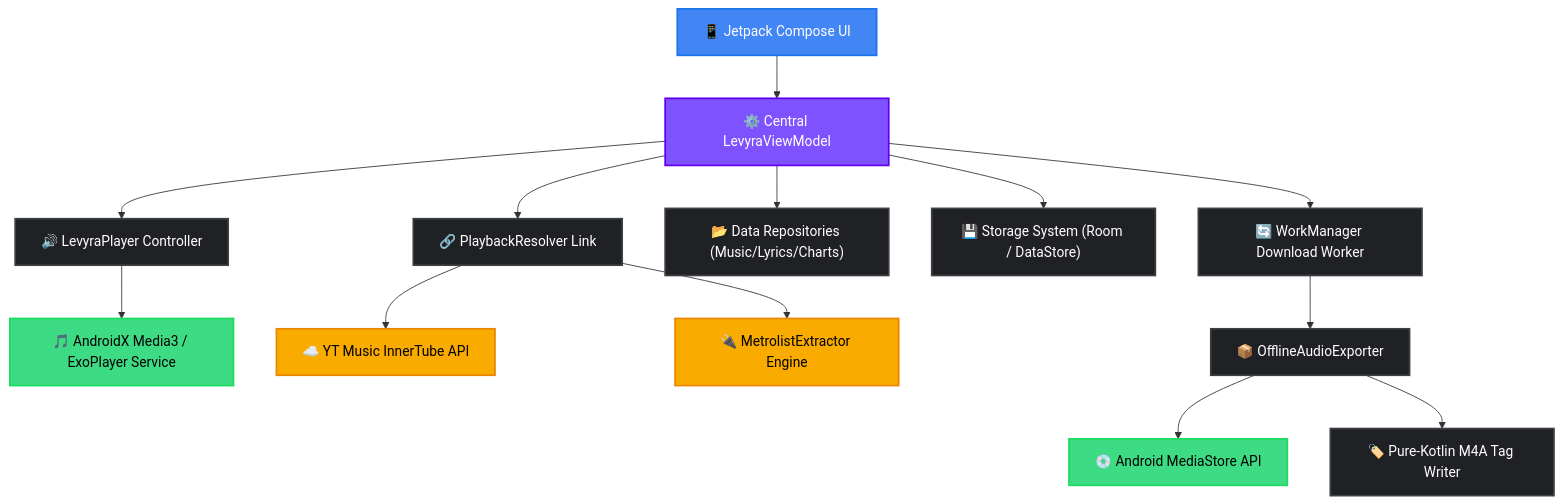
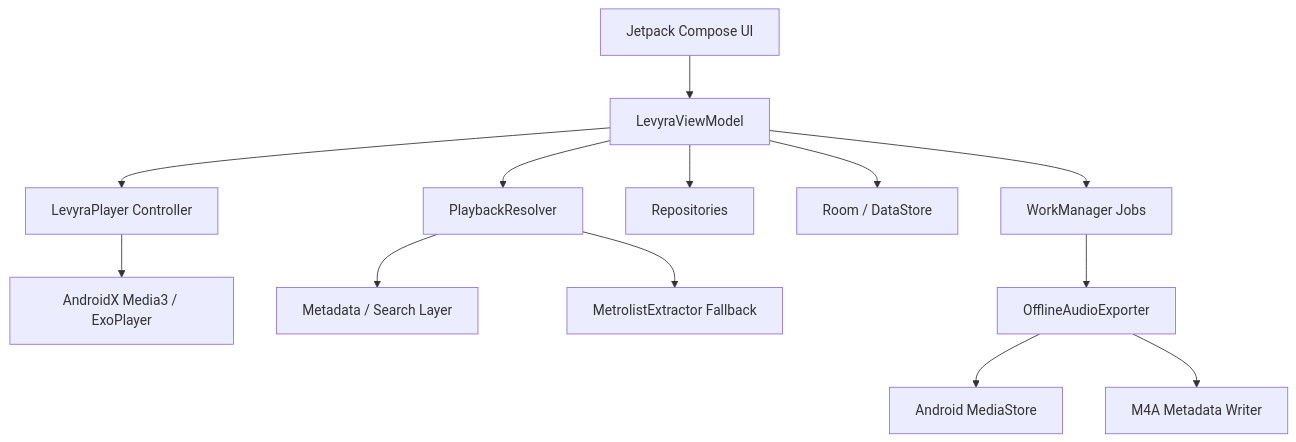
Before and after one commit to LUC4N3X/Levyra-deepsound: the diagram in README.md, drawn with Mermaid. The commit also changed other lines of this file, not shown here.

````diff
--- a/README.md
+++ b/README.md
@@ -130,26 +129,15 @@
 ```mermaid
 graph TD
-    %% Custom Styling Theme
-    classDef ui fill:#4285F4,stroke:#1A73E8,stroke-width:2px,color:#fff;
-    classDef vm fill:#7F52FF,stroke:#6200EE,stroke-width:2px,color:#fff;
-    classDef core fill:#202124,stroke:#3C4043,stroke-width:2px,color:#fff;
-    classDef engine fill:#3DDC84,stroke:#1DDB60,stroke-width:2px,color:#000;
-    classDef ext fill:#F9AB00,stroke:#EA8600,stroke-width:2px,color:#000;
-
-    UI["📱 Jetpack Compose UI"]:::ui --> VM["⚙️ Central LevyraViewModel"]:::vm
-    
-    VM --> Player["🔊 LevyraPlayer Controller"]:::core
-    VM --> Resolver["🔗 PlaybackResolver Link"]:::core
-    VM --> Repos["📂 Data Repositories (Music/Lyrics/Charts)"]:::core
-    VM --> Store["💾 Storage System (Room / DataStore)"]:::core
-    VM --> Work["🔄 WorkManager Download Worker"]:::core
-    
-    Player --> Media3["🎵 AndroidX Media3 / ExoPlayer Service"]:::engine
-    
-    Resolver --> InnerTube["☁️ YT Music InnerTube API"]:::ext
-    Resolver --> Extractor["🔌 MetrolistExtractor Engine"]:::ext
-    
-    Work --> Exporter["📦 OfflineAudioExporter"]:::core
-    Exporter --> MediaStore["💿 Android MediaStore API"]:::engine
-    Exporter --> Tagger["🏷️ Pure-Kotlin M4A Tag Writer"]:::core
+    UI["Jetpack Compose UI"] --> VM["LevyraViewModel"]
+    VM --> Player["LevyraPlayer Controller"]
+    VM --> Resolver["PlaybackResolver"]
+    VM --> Repos["Repositories"]
+    VM --> Store["Room / DataStore"]
+    VM --> Work["WorkManager Jobs"]
+    Player --> Media3["AndroidX Media3 / ExoPlayer"]
+    Resolver --> Metadata["Metadata / Search Layer"]
+    Resolver --> Extractor["MetrolistExtractor Fallback"]
+    Work --> Exporter["OfflineAudioExporter"]
+    Exporter --> MediaStore["Android MediaStore"]
+    Exporter --> Tagger["M4A Metadata Writer"]
 ```
````
